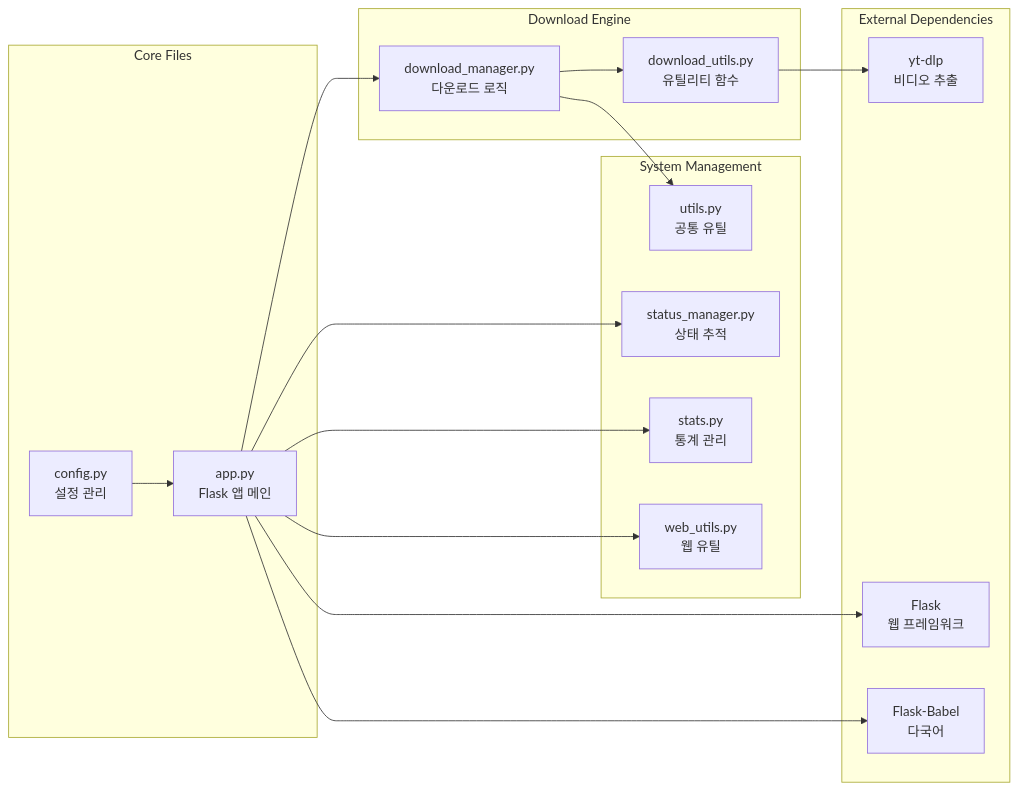
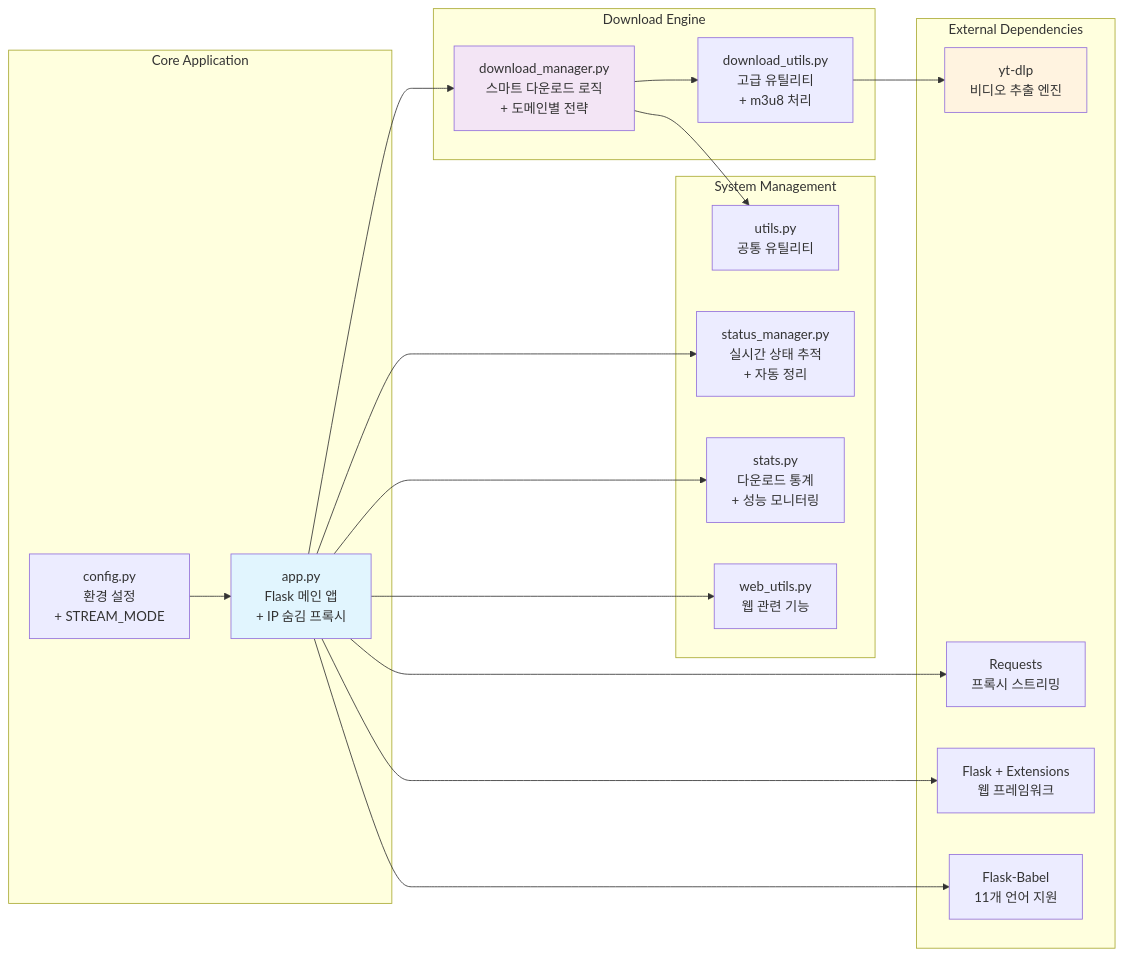
Before and after one commit to raphaelIl/dl-test: the fifth of 5 diagrams in README.md, drawn with Mermaid. The commit also changed other lines of this file, not shown here.

Commit message:
docs: Enhance README with detailed descriptions of download strategies and IP masking proxy system

````diff
--- a/README.md
+++ b/README.md
@@ -254,36 +321,42 @@
 ```mermaid
 graph LR
-    subgraph "Core Files"
-        APP[app.py<br/>Flask 앱 메인]
-        CONFIG[config.py<br/>설정 관리]
+    subgraph "Core Application"
+        APP[app.py<br/>Flask 메인 앱<br/>+ IP 숨김 프록시]
+        CONFIG[config.py<br/>환경 설정<br/>+ STREAM_MODE]
     end
     
     subgraph "Download Engine"
-        DM[download_manager.py<br/>다운로드 로직]
-        DU[download_utils.py<br/>유틸리티 함수]
+        DM[download_manager.py<br/>스마트 다운로드 로직<br/>+ 도메인별 전략]
+        DU[download_utils.py<br/>고급 유틸리티<br/>+ m3u8 처리]
     end
     
     subgraph "System Management"
-        SM[status_manager.py<br/>상태 추적]
-        STATS[stats.py<br/>통계 관리]
-        UTILS[utils.py<br/>공통 유틸]
-        WU[web_utils.py<br/>웹 유틸]
+        SM[status_manager.py<br/>실시간 상태 추적<br/>+ 자동 정리]
+        STATS[stats.py<br/>다운로드 통계<br/>+ 성능 모니터링]
+        UTILS[utils.py<br/>공통 유틸리티]
+        WU[web_utils.py<br/>웹 관련 기능]
     end
     
     subgraph "External Dependencies"
-        YTDLP[yt-dlp<br/>비디오 추출]
-        FLASK[Flask<br/>웹 프레임워크]
-        BABEL[Flask-Babel<br/>다국어]
+        YTDLP[yt-dlp<br/>비디오 추출 엔진]
+        FLASK[Flask + Extensions<br/>웹 프레임워크]
+        BABEL[Flask-Babel<br/>11개 언어 지원]
+        REQUESTS[Requests<br/>프록시 스트리밍]
     end
     
     APP --> DM
     APP --> SM
     APP --> STATS
     APP --> WU
+    APP --> REQUESTS
     DM --> DU
     DM --> UTILS
     DU --> YTDLP
     APP --> FLASK
     APP --> BABEL
     CONFIG --> APP
+    
+    style APP fill:#e1f5fe
+    style DM fill:#f3e5f5
+    style YTDLP fill:#fff3e0
 ```
````
